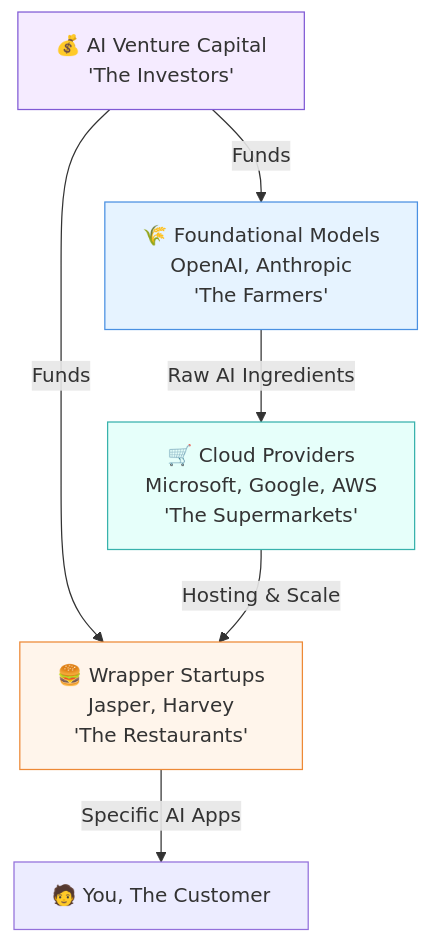
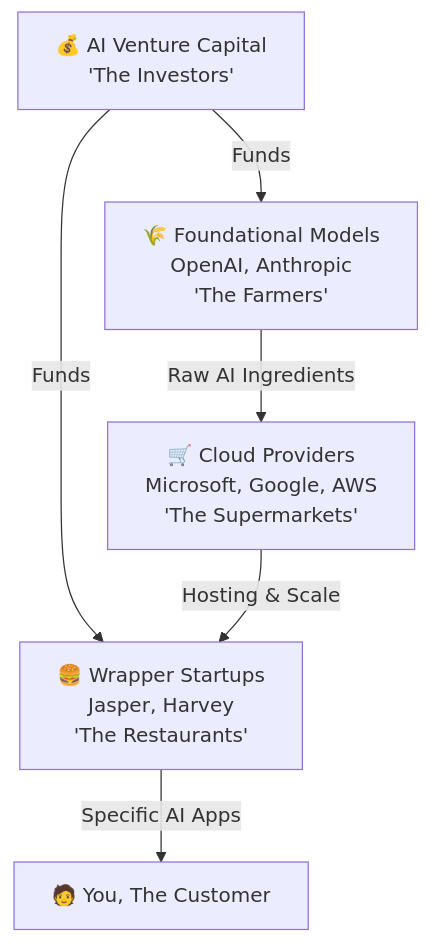
One commit to vdonthireddy/ai-knowledge-base changed the diagram in line15_business_of_ai.md. Above: the diagram before and after it, drawn with Mermaid. The commit also changed 30 other files, not shown here.

Commit message:
chore: Rename files and fix mermaid diagram styles for dark mode compatibility

````diff
--- a/line15_business_of_ai.md
+++ b/line15_business_of_ai.md
@@ -25,16 +25,12 @@
 ```mermaid
 graph TD
     VC[💰 AI Venture Capital<br/>'The Investors'] -->|Funds| FM
     VC -->|Funds| WS
     
     FM[🌾 Foundational Models<br/>OpenAI, Anthropic<br/>'The Farmers'] -->|Raw AI Ingredients| CP
     
     CP[🛒 Cloud Providers<br/>Microsoft, Google, AWS<br/>'The Supermarkets'] -->|Hosting & Scale| WS
     
     WS[🍔 Wrapper Startups<br/>Jasper, Harvey<br/>'The Restaurants'] -->|Specific AI Apps| U[🧑 You, The Customer]
     
-    style VC fill:#f5ebff,stroke:#805ad5
-    style FM fill:#e6f3ff,stroke:#4a90e2
-    style CP fill:#e6fffa,stroke:#38b2ac
-    style WS fill:#fff5eb,stroke:#ed8936
 ```
````
